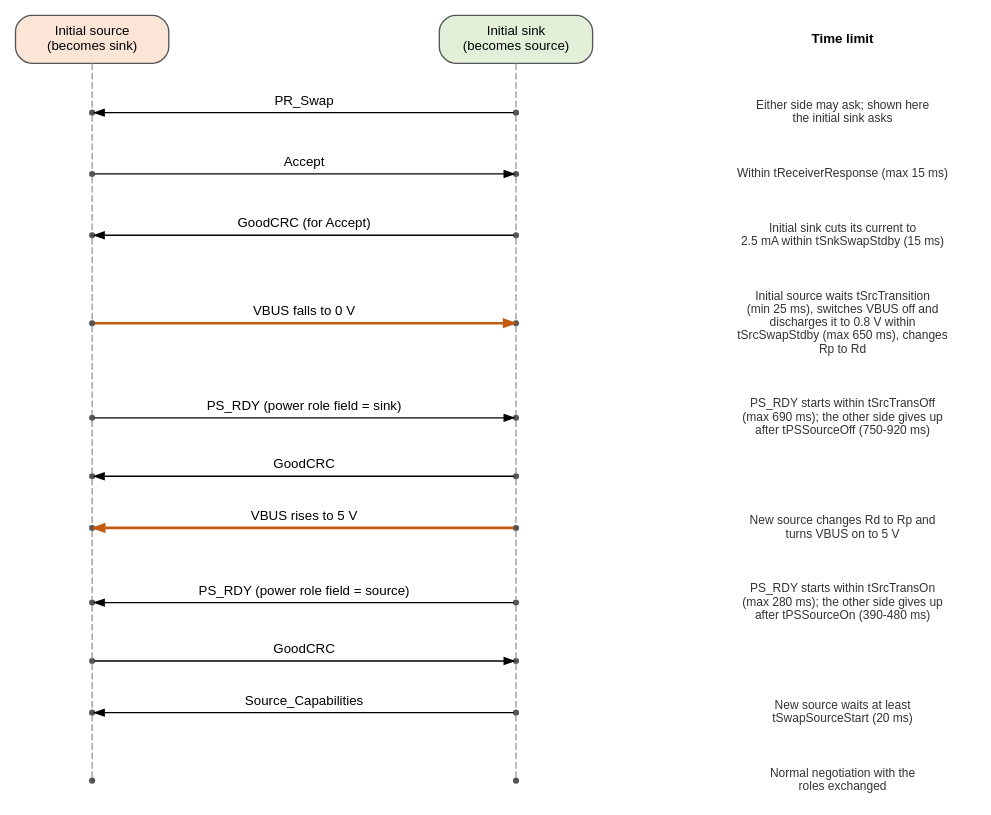
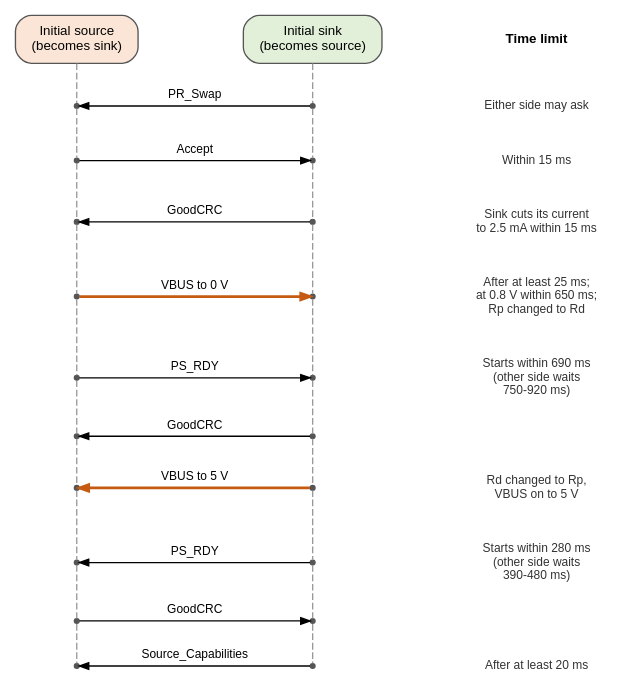
Before and after one commit to mithro/evampire: the diagram in docs/power/usb-pd/pr-swap.dot, drawn with Graphviz. The commit also changed 5 other files, not shown here.

First line of the commit message:
Make USB PD diagrams fit the page width

```diff
--- a/docs/power/usb-pd/pr-swap.dot
+++ b/docs/power/usb-pd/pr-swap.dot
@@ -1,63 +1,60 @@
 // Power role swap message sequence (PD Section 4.3.3 and Section 7.10).
 // Time runs from top to bottom. Not to scale.
 //
 // SPDX-License-Identifier: Apache-2.0
 
 digraph pr_swap {
-    graph [rankdir=TB, fontname="Helvetica", fontsize=11, nodesep=2.0,
+    graph [rankdir=TB, fontname="Helvetica", fontsize=11, nodesep=1.1,
            ranksep=0.3, newrank=true, splines=false];
     node  [shape=point, width=0.05, color="#555555", fontname="Helvetica",
            fontsize=10];
-    edge  [fontname="Helvetica", fontsize=10, arrowsize=0.7];
+    edge  [fontname="Helvetica", fontsize=9, arrowsize=0.7];
 
     a [shape=box, style="rounded,filled", fillcolor="#fbe5d6",
-       label="Initial source\n(becomes sink)", width=1.6];
+       label="Initial source\n(becomes sink)", width=1.1];
     b [shape=box, style="rounded,filled", fillcolor="#e2f0d9",
-       label="Initial sink\n(becomes source)", width=1.6];
+       label="Initial sink\n(becomes source)", width=1.1];
     nh [shape=plaintext, label="Time limit", fontsize=10, fontname="Helvetica-Bold"];
 
-    a1; a2; a3; a4; a5; a6; a7; a8; a9; a10; a11;
-    b1; b2; b3; b4; b5; b6; b7; b8; b9; b10; b11;
+    a1; a2; a3; a4; a5; a6; a7; a8; a9; a10;
+    b1; b2; b3; b4; b5; b6; b7; b8; b9; b10;
 
     node [shape=plaintext, width=0, height=0, fontsize=9, fontcolor="#333333"];
-    n1  [label="Either side may ask; shown here\nthe initial sink asks"];
-    n2  [label="Within tReceiverResponse (max 15 ms)"];
-    n3  [label="Initial sink cuts its current to\n2.5 mA within tSnkSwapStdby (15 ms)"];
-    n4  [label="Initial source waits tSrcTransition\n(min 25 ms), switches VBUS off and\ndischarges it to 0.8 V within\ntSrcSwapStdby (max 650 ms), changes\nRp to Rd"];
-    n5  [label="PS_RDY starts within tSrcTransOff\n(max 690 ms); the other side gives up\nafter tPSSourceOff (750-920 ms)"];
-    n6  [label="New source changes Rd to Rp and\nturns VBUS on to 5 V"];
-    n7  [label="PS_RDY starts within tSrcTransOn\n(max 280 ms); the other side gives up\nafter tPSSourceOn (390-480 ms)"];
-    n8  [label="New source waits at least\ntSwapSourceStart (20 ms)"];
-    n9  [label="Normal negotiation with the\nroles exchanged"];
+    n1  [label="Either side may ask"];
+    n2  [label="Within 15 ms"];
+    n3  [label="Sink cuts its current\nto 2.5 mA within 15 ms"];
+    n4  [label="After at least 25 ms;\nat 0.8 V within 650 ms;\nRp changed to Rd"];
+    n5  [label="Starts within 690 ms\n(other side waits\n750-920 ms)"];
+    n7  [label="Rd changed to Rp,\nVBUS on to 5 V"];
+    n8  [label="Starts within 280 ms\n(other side waits\n390-480 ms)"];
+    n10 [label="After at least 20 ms"];
 
     { rank=same; a; b; nh; }
     { rank=same; a1; b1; n1; }
     { rank=same; a2; b2; n2; }
     { rank=same; a3; b3; n3; }
     { rank=same; a4; b4; n4; }
     { rank=same; a5; b5; n5; }
     { rank=same; a6; b6; }
-    { rank=same; a7; b7; n6; }
-    { rank=same; a8; b8; n7; }
+    { rank=same; a7; b7; n7; }
+    { rank=same; a8; b8; n8; }
     { rank=same; a9; b9; }
-    { rank=same; a10; b10; n8; }
-    { rank=same; a11; b11; n9; }
+    { rank=same; a10; b10; n10; }
 
     edge [arrowhead=none, style=dashed, color="#999999", weight=100];
-    a -> a1 -> a2 -> a3 -> a4 -> a5 -> a6 -> a7 -> a8 -> a9 -> a10 -> a11;
-    b -> b1 -> b2 -> b3 -> b4 -> b5 -> b6 -> b7 -> b8 -> b9 -> b10 -> b11;
-    nh -> n1 -> n2 -> n3 -> n4 -> n5 -> n6 -> n7 -> n8 -> n9 [style=invis];
+    a -> a1 -> a2 -> a3 -> a4 -> a5 -> a6 -> a7 -> a8 -> a9 -> a10;
+    b -> b1 -> b2 -> b3 -> b4 -> b5 -> b6 -> b7 -> b8 -> b9 -> b10;
+    nh -> n1 -> n2 -> n3 -> n4 -> n5 -> n7 -> n8 -> n10 [style=invis];
 
     edge [arrowhead=normal, style=solid, color="#000000", weight=0];
     b1 -> a1 [label="PR_Swap"];
     a2 -> b2 [label="Accept"];
-    b3 -> a3 [label="GoodCRC (for Accept)"];
-    a4 -> b4 [label="VBUS falls to 0 V", penwidth=2, color="#c55a11"];
-    a5 -> b5 [label="PS_RDY (power role field = sink)"];
+    b3 -> a3 [label="GoodCRC"];
+    a4 -> b4 [label="VBUS to 0 V", penwidth=2, color="#c55a11"];
+    a5 -> b5 [label="PS_RDY"];
     b6 -> a6 [label="GoodCRC"];
-    b7 -> a7 [label="VBUS rises to 5 V", penwidth=2, color="#c55a11"];
-    b8 -> a8 [label="PS_RDY (power role field = source)"];
+    b7 -> a7 [label="VBUS to 5 V", penwidth=2, color="#c55a11"];
+    b8 -> a8 [label="PS_RDY"];
     a9 -> b9 [label="GoodCRC"];
     b10 -> a10 [label="Source_Capabilities"];
-    b11 -> a11 [style=invis];
 }
```
